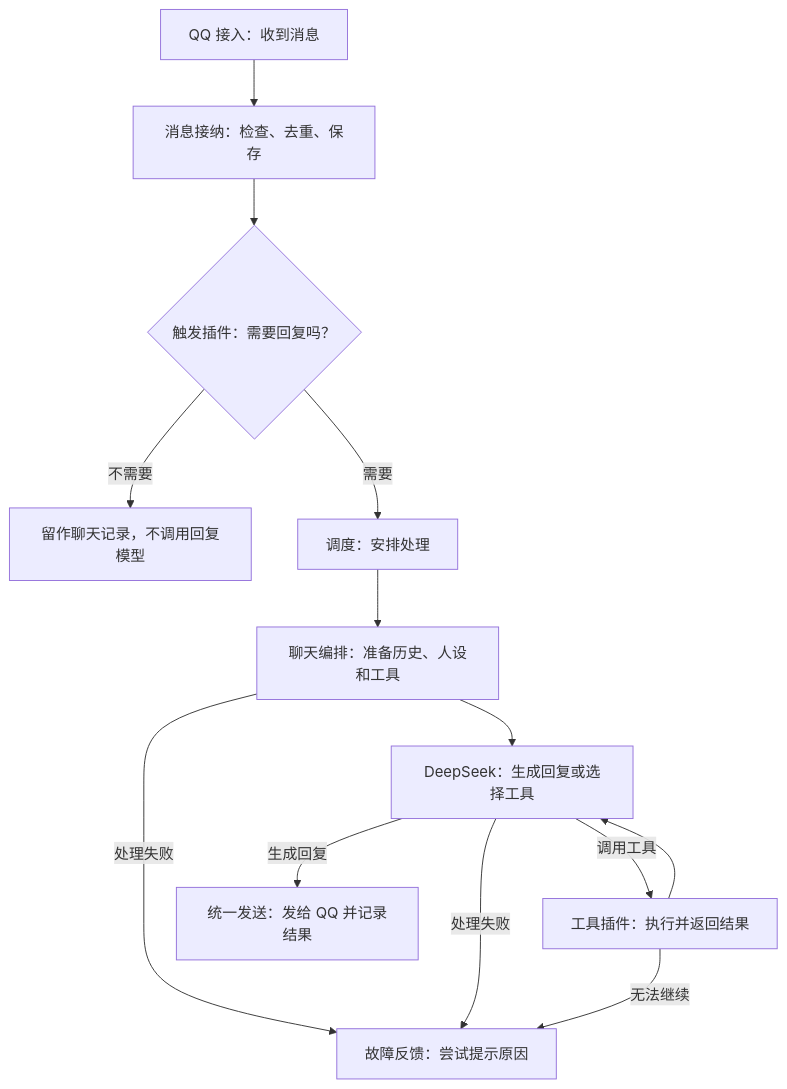
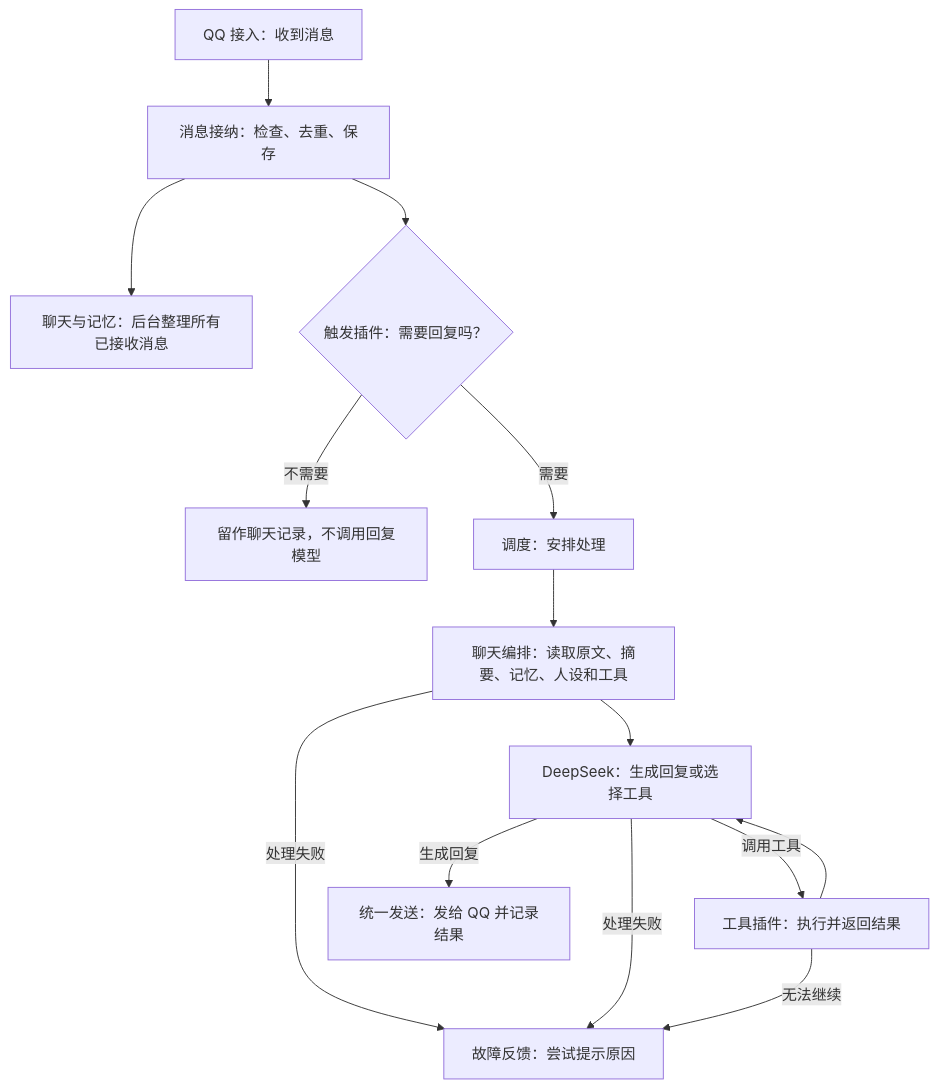
The diagram in Docs/主链路.md (doebkblcya/langbot), drawn with Mermaid before and after one commit. The commit also changed other lines of this file and 24 other files, not shown here.

````diff
--- a/Docs/主链路.md
+++ b/Docs/主链路.md
@@ -7,15 +7,16 @@
 ```mermaid
 flowchart TD
     A[QQ 接入：收到消息] --> B[消息接纳：检查、去重、保存]
+    B --> M[聊天与记忆：后台整理所有已接收消息]
     B --> C{触发插件：需要回复吗？}
     C -->|不需要| D[留作聊天记录，不调用回复模型]
     C -->|需要| E[调度：安排处理]
-    E --> F[聊天编排：准备历史、人设和工具]
+    E --> F[聊天编排：读取原文、摘要、记忆、人设和工具]
     F --> G[DeepSeek：生成回复或选择工具]
     G -->|调用工具| H[工具插件：执行并返回结果]
     H --> G
     G -->|生成回复| I[统一发送：发给 QQ 并记录结果]
     F -->|处理失败| J[故障反馈：尝试提示原因]
     G -->|处理失败| J
     H -->|无法继续| J
 ```
````
